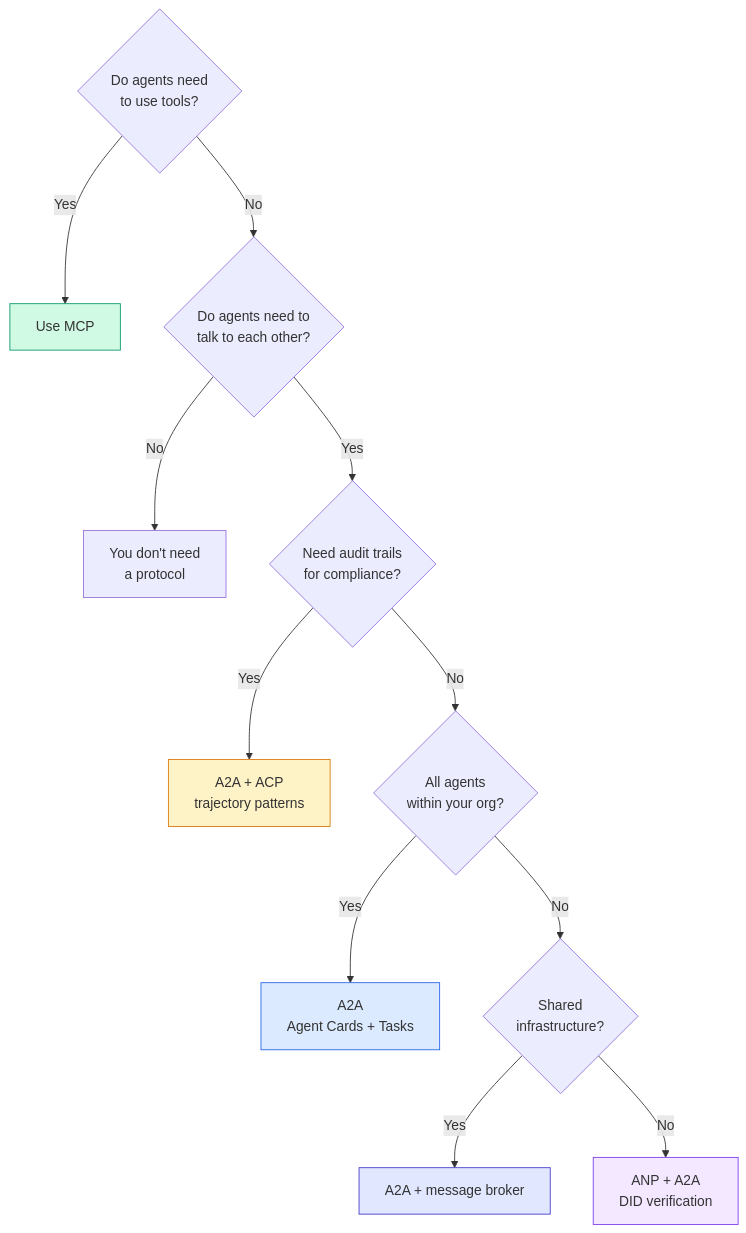
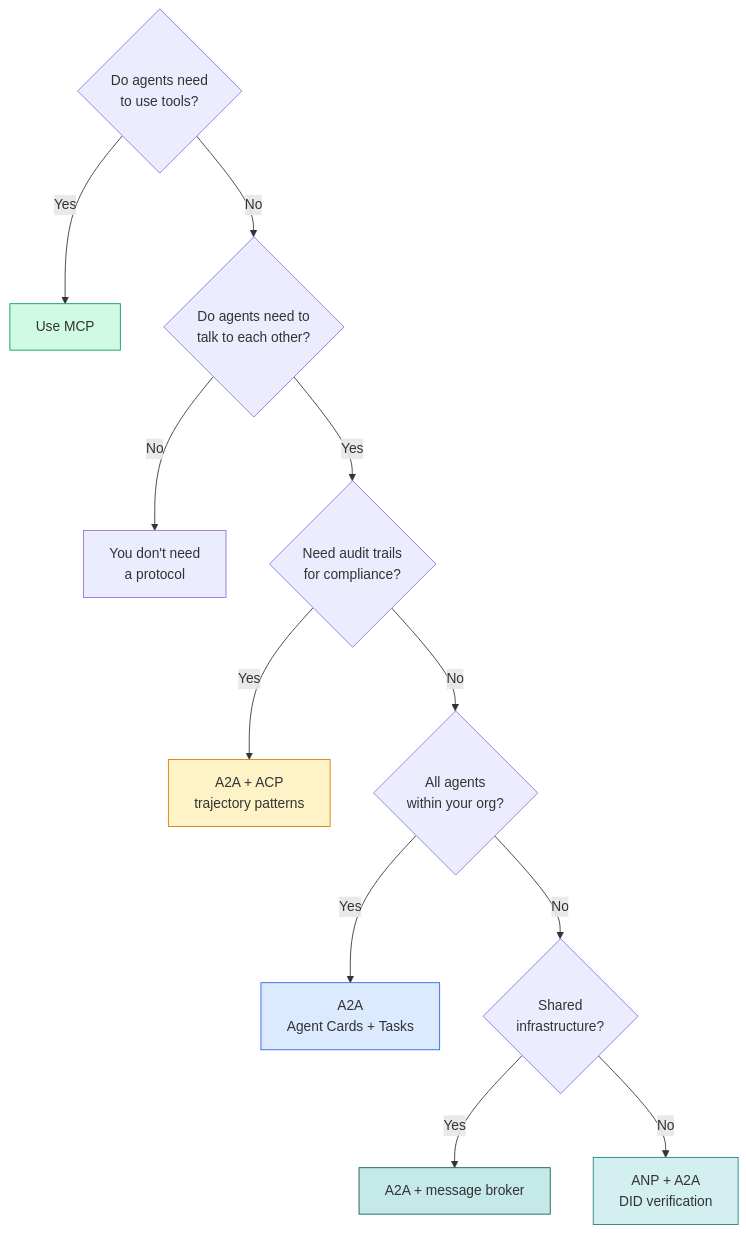
One commit to SystemaOps/ai-engineering-Systemaops changed diagram 13 of 13 in phases/16-multi-agent-and-swarms/03-communication-protocols/docs/en.md. Above: the diagram before and after it, drawn with Mermaid. The commit also changed other lines of this file and 135 other files, not shown here.

````diff
--- a/phases/16-multi-agent-and-swarms/03-communication-protocols/docs/en.md
+++ b/phases/16-multi-agent-and-swarms/03-communication-protocols/docs/en.md
@@ -1449,20 +1449,20 @@
 ```mermaid
 graph TD
     START{Do agents need<br/>to use tools?}
     START -->|Yes| MCP_R[Use MCP]
     START -->|No| TALK{Do agents need to<br/>talk to each other?}
     TALK -->|No| NONE[You don't need<br/>a protocol]
     TALK -->|Yes| AUDIT{Need audit trails<br/>for compliance?}
     AUDIT -->|Yes| ACP_R[A2A + ACP<br/>trajectory patterns]
     AUDIT -->|No| ORG{All agents<br/>within your org?}
     ORG -->|Yes| A2A_R[A2A<br/>Agent Cards + Tasks]
     ORG -->|No| INFRA{Shared<br/>infrastructure?}
     INFRA -->|Yes| BROKER[A2A + message broker]
     INFRA -->|No| ANP_R[ANP + A2A<br/>DID verification]
 
     style MCP_R fill:#d1fae5,stroke:#059669
     style A2A_R fill:#dbeafe,stroke:#2563eb
     style ACP_R fill:#fef3c7,stroke:#d97706
-    style ANP_R fill:#f3e8ff,stroke:#7c3aed
-    style BROKER fill:#e0e7ff,stroke:#4338ca
+    style ANP_R fill:#d4efef,stroke:#1C7F7F
+    style BROKER fill:#c5e8e8,stroke:#115757
 ```
````
